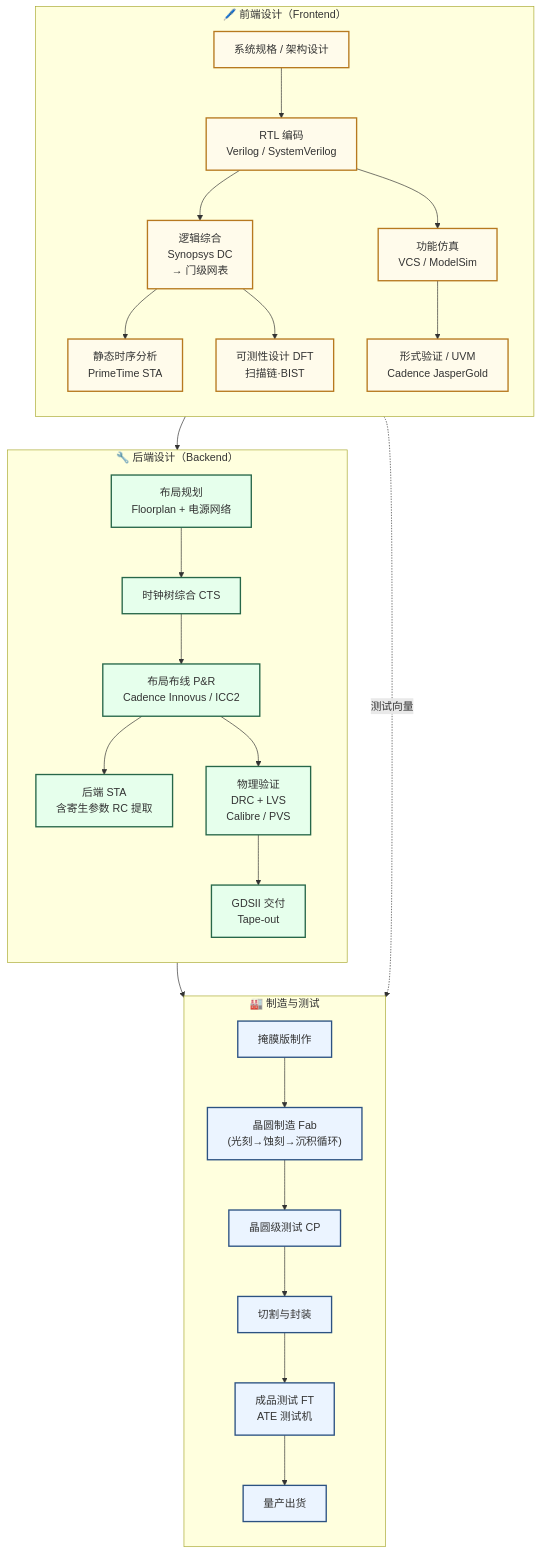
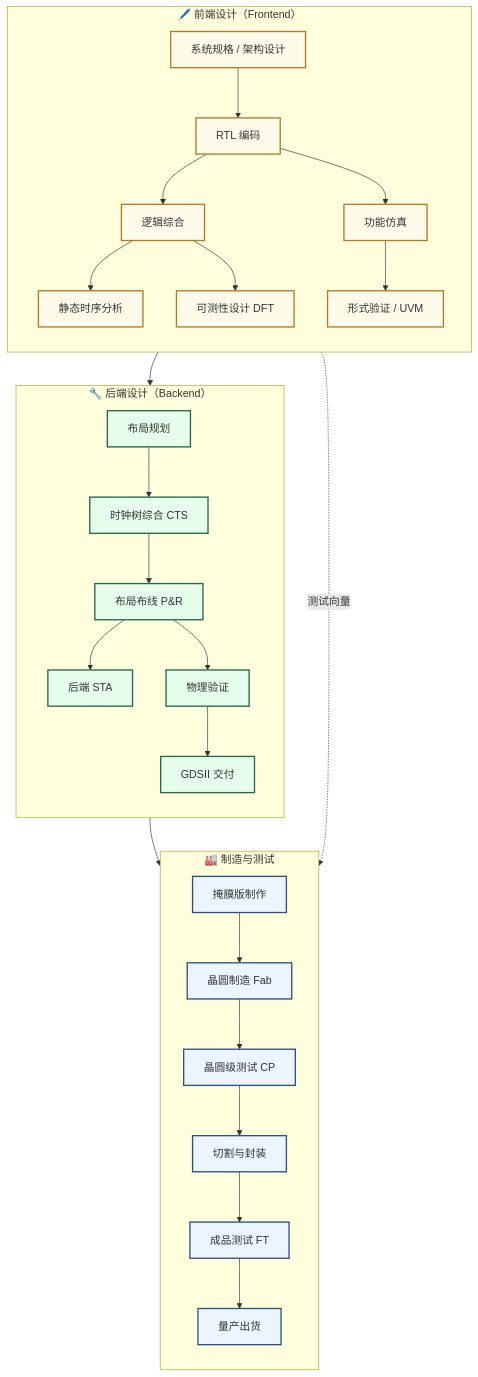
One commit to Crys-Chen/ic-guide changed the sixth of 6 diagrams in docs/知识谱系.md. Above: the diagram before and after it, drawn with Mermaid. The commit also changed other lines of this file and 17 other files, not shown here.

````diff
--- a/docs/知识谱系.md
+++ b/docs/知识谱系.md
@@ -198,41 +198,41 @@
 ```mermaid
 graph TD
     subgraph FE["🖊️ 前端设计（Frontend）"]
         direction TB
-        SPEC["系统规格 / 架构设计"] --> RTL["RTL 编码\nVerilog / SystemVerilog"]
-        RTL --> SIM["功能仿真\nVCS / ModelSim"]
-        RTL --> SYN["逻辑综合\nSynopsys DC\n→ 门级网表"]
-        SYN --> STA1["静态时序分析\nPrimeTime STA"]
-        SYN --> DFT["可测性设计 DFT\n扫描链·BIST"]
-        SIM --> UVM["形式验证 / UVM\nCadence JasperGold"]
+        SPEC["系统规格 / 架构设计"] --> RTL["RTL 编码"]
+        RTL --> SIM["功能仿真"]
+        RTL --> SYN["逻辑综合"]
+        SYN --> STA1["静态时序分析"]
+        SYN --> DFT["可测性设计 DFT"]
+        SIM --> UVM["形式验证 / UVM"]
     end
     
     subgraph BE["🔧 后端设计（Backend）"]
         direction TB
-        FP["布局规划\nFloorplan + 电源网络"] --> CTS["时钟树综合 CTS"]
-        CTS --> PR["布局布线 P&R\nCadence Innovus / ICC2"]
-        PR --> STA2["后端 STA\n含寄生参数 RC 提取"]
-        PR --> PV["物理验证\nDRC + LVS\nCalibre / PVS"]
-        PV --> GDS["GDSII 交付\nTape-out"]
+        FP["布局规划"] --> CTS["时钟树综合 CTS"]
+        CTS --> PR["布局布线 P&R"]
+        PR --> STA2["后端 STA"]
+        PR --> PV["物理验证"]
+        PV --> GDS["GDSII 交付"]
     end
     
     subgraph FAB["🏭 制造与测试"]
         direction TB
-        MASK["掩膜版制作"] --> WAFER["晶圆制造 Fab\n(光刻→蚀刻→沉积循环)"]
+        MASK["掩膜版制作"] --> WAFER["晶圆制造 Fab"]
         WAFER --> CP["晶圆级测试 CP"]
         CP --> PKG["切割与封装"]
-        PKG --> FT["成品测试 FT\nATE 测试机"]
+        PKG --> FT["成品测试 FT"]
         FT --> SHIP["量产出货"]
     end
     
     FE --> BE
     GDS --> MASK
     DFT -.->|测试向量| FT
     
     classDef fe fill:#FFFBEB,stroke:#B7791F,stroke-width:2px
     classDef be fill:#E6FFEC,stroke:#276749,stroke-width:2px
     classDef fab fill:#EBF4FF,stroke:#2C5282,stroke-width:2px
     class SPEC,RTL,SIM,SYN,STA1,DFT,UVM fe
     class FP,CTS,PR,STA2,PV,GDS be
     class MASK,WAFER,CP,PKG,FT,SHIP fab
 ```
````
